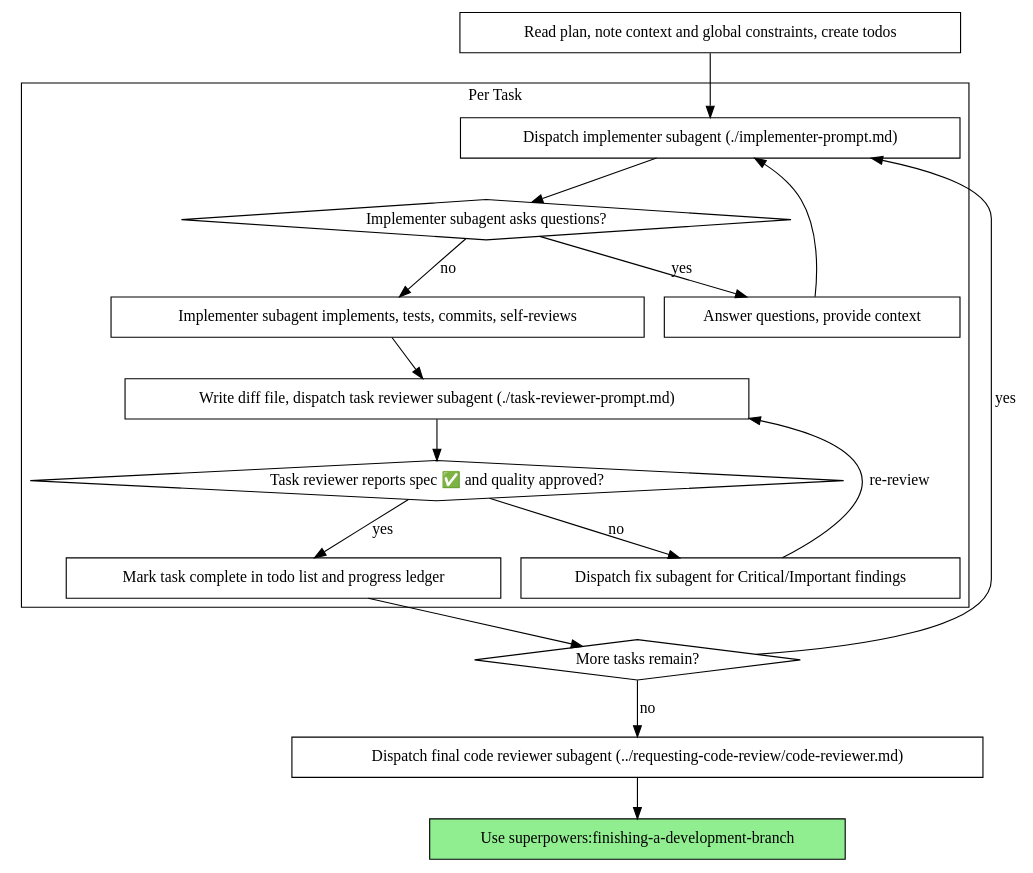
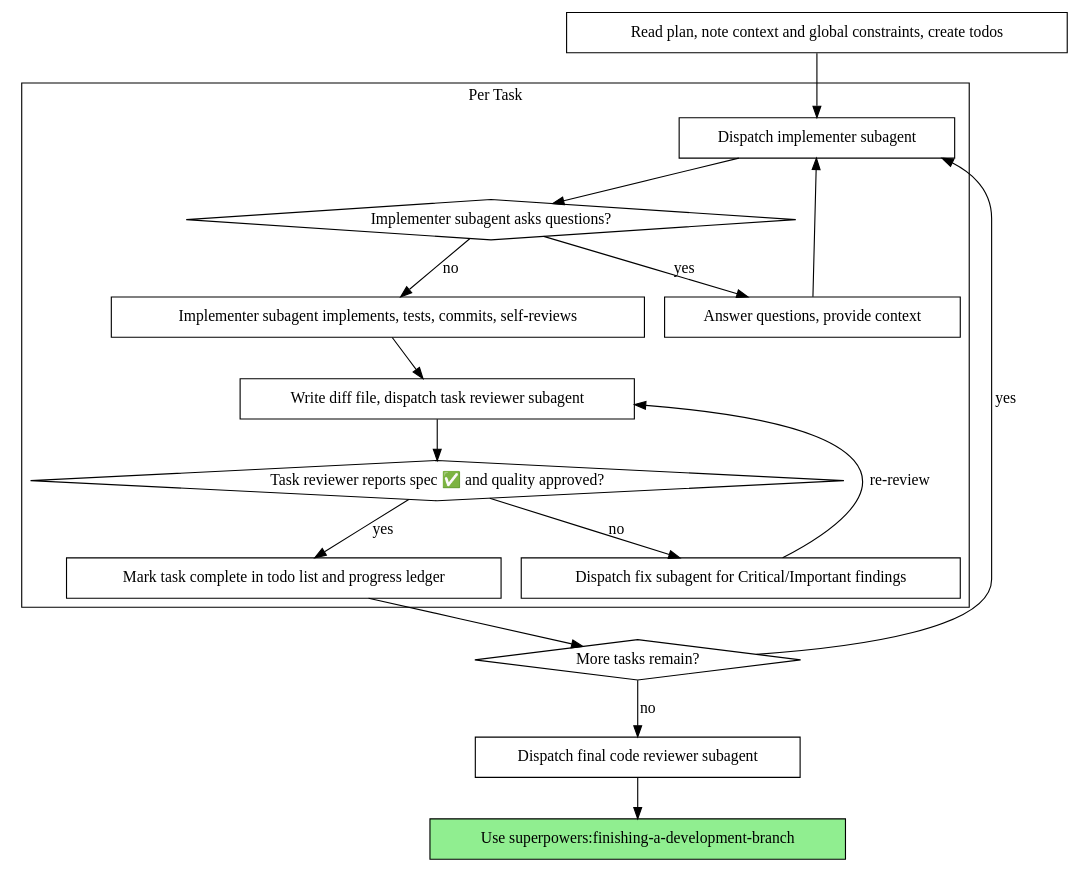
Before and after one commit to s0lda/hadron: the second of 2 diagrams in crates/hadron-gluon/invariants/skills/subagent-driven-development.md, drawn with Graphviz. The commit also changed other lines of this file and 15 other files, not shown here.

````diff
--- a/crates/hadron-gluon/invariants/skills/subagent-driven-development.md
+++ b/crates/hadron-gluon/invariants/skills/subagent-driven-development.md
@@ -47,37 +47,37 @@
 ```dot
 digraph process {
     rankdir=TB;
 
     subgraph cluster_per_task {
         label="Per Task";
-        "Dispatch implementer subagent (./implementer-prompt.md)" [shape=box];
+        "Dispatch implementer subagent" [shape=box];
         "Implementer subagent asks questions?" [shape=diamond];
         "Answer questions, provide context" [shape=box];
         "Implementer subagent implements, tests, commits, self-reviews" [shape=box];
-        "Write diff file, dispatch task reviewer subagent (./task-reviewer-prompt.md)" [shape=box];
+        "Write diff file, dispatch task reviewer subagent" [shape=box];
         "Task reviewer reports spec ✅ and quality approved?" [shape=diamond];
         "Dispatch fix subagent for Critical/Important findings" [shape=box];
         "Mark task complete in todo list and progress ledger" [shape=box];
     }
 
     "Read plan, note context and global constraints, create todos" [shape=box];
     "More tasks remain?" [shape=diamond];
-    "Dispatch final code reviewer subagent (../requesting-code-review/code-reviewer.md)" [shape=box];
+    "Dispatch final code reviewer subagent" [shape=box];
     "Use superpowers:finishing-a-development-branch" [shape=box style=filled fillcolor=lightgreen];
 
-    "Read plan, note context and global constraints, create todos" -> "Dispatch implementer subagent (./implementer-prompt.md)";
-    "Dispatch implementer subagent (./implementer-prompt.md)" -> "Implementer subagent asks questions?";
+    "Read plan, note context and global constraints, create todos" -> "Dispatch implementer subagent";
+    "Dispatch implementer subagent" -> "Implementer subagent asks questions?";
     "Implementer subagent asks questions?" -> "Answer questions, provide context" [label="yes"];
-    "Answer questions, provide context" -> "Dispatch implementer subagent (./implementer-prompt.md)";
+    "Answer questions, provide context" -> "Dispatch implementer subagent";
     "Implementer subagent asks questions?" -> "Implementer subagent implements, tests, commits, self-reviews" [label="no"];
-    "Implementer subagent implements, tests, commits, self-reviews" -> "Write diff file, dispatch task reviewer subagent (./task-reviewer-prompt.md)";
-    "Write diff file, dispatch task reviewer subagent (./task-reviewer-prompt.md)" -> "Task reviewer reports spec ✅ and quality approved?";
+    "Implementer subagent implements, tests, commits, self-reviews" -> "Write diff file, dispatch task reviewer subagent";
+    "Write diff file, dispatch task reviewer subagent" -> "Task reviewer reports spec ✅ and quality approved?";
     "Task reviewer reports spec ✅ and quality approved?" -> "Dispatch fix subagent for Critical/Important findings" [label="no"];
-    "Dispatch fix subagent for Critical/Important findings" -> "Write diff file, dispatch task reviewer subagent (./task-reviewer-prompt.md)" [label="re-review"];
+    "Dispatch fix subagent for Critical/Important findings" -> "Write diff file, dispatch task reviewer subagent" [label="re-review"];
     "Task reviewer reports spec ✅ and quality approved?" -> "Mark task complete in todo list and progress ledger" [label="yes"];
     "Mark task complete in todo list and progress ledger" -> "More tasks remain?";
-    "More tasks remain?" -> "Dispatch implementer subagent (./implementer-prompt.md)" [label="yes"];
-    "More tasks remain?" -> "Dispatch final code reviewer subagent (../requesting-code-review/code-reviewer.md)" [label="no"];
-    "Dispatch final code reviewer subagent (../requesting-code-review/code-reviewer.md)" -> "Use superpowers:finishing-a-development-branch";
+    "More tasks remain?" -> "Dispatch implementer subagent" [label="yes"];
+    "More tasks remain?" -> "Dispatch final code reviewer subagent" [label="no"];
+    "Dispatch final code reviewer subagent" -> "Use superpowers:finishing-a-development-branch";
 }
 ```
````
